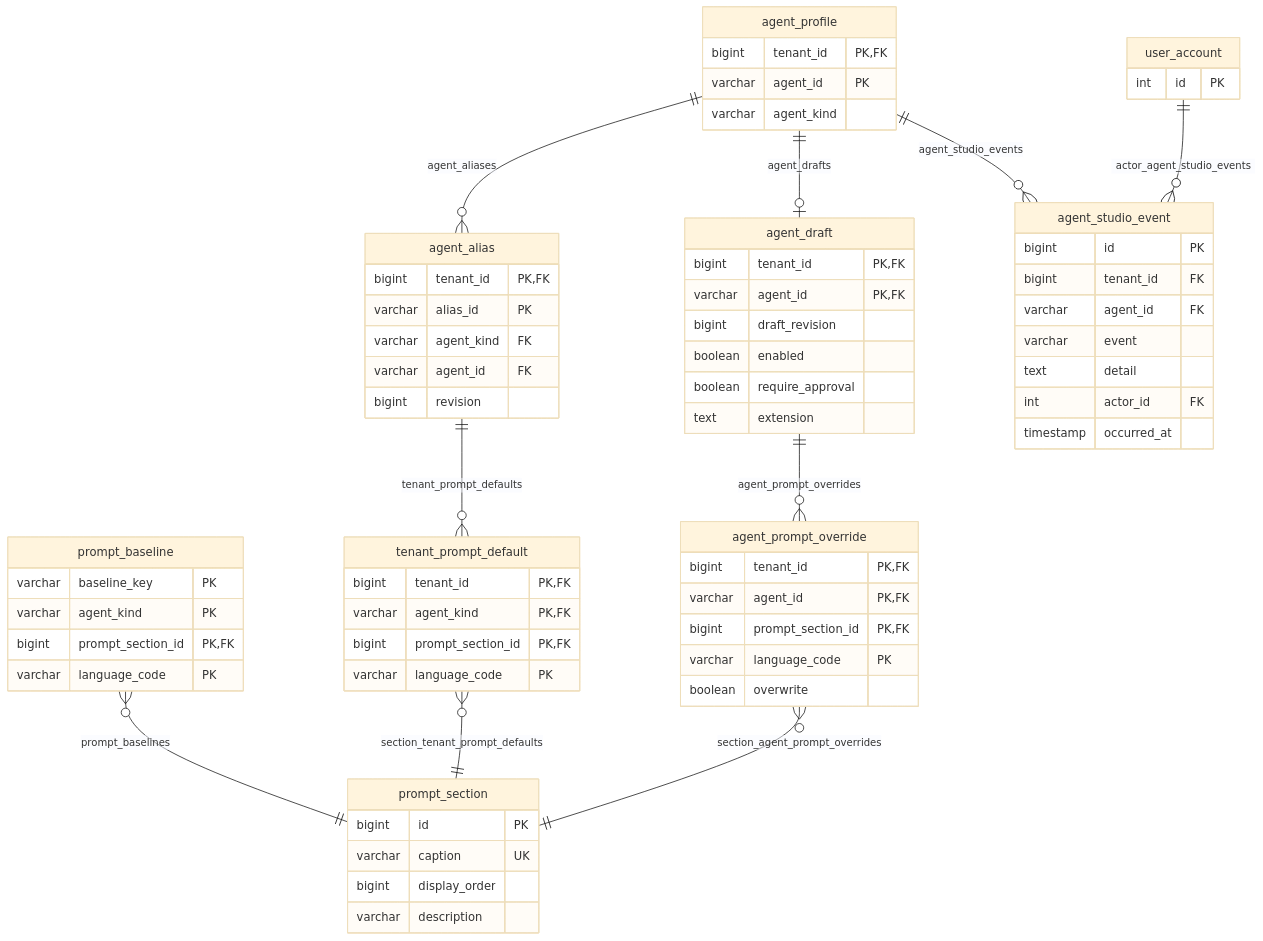
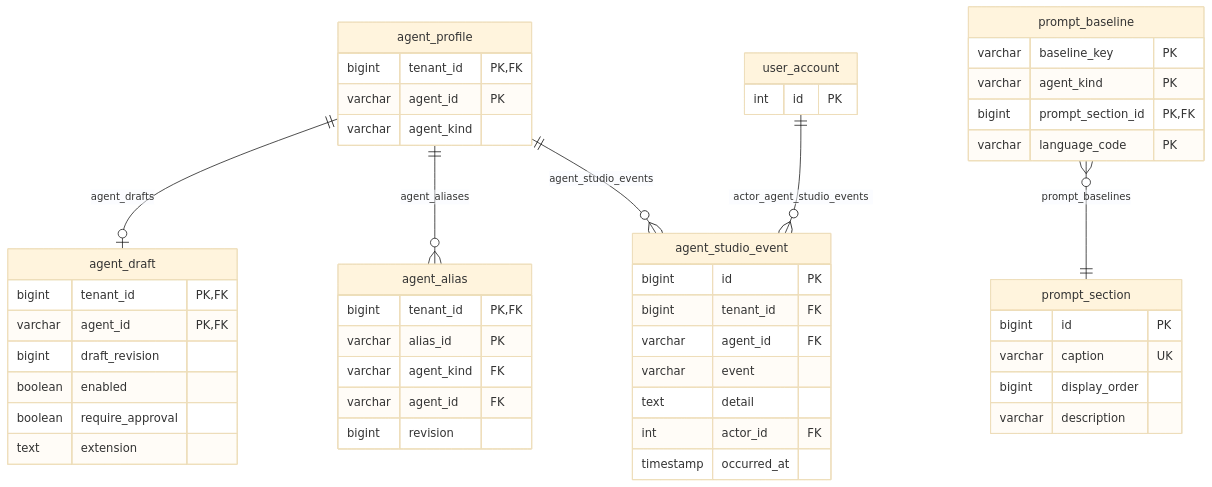
Before and after one commit to nauticana/scout: the fifth of 16 diagrams in doc/database.md, drawn with Mermaid (base theme). The commit also changed other lines of this file and 119 other files, not shown here.

Commit message:
tenant runtime policy writer, verified effects, prompts on the scope engine (studio-v2), one decision record per decision, per-principal concurrency and budgets, cross-process replies and cancellation, acting principal through the queue; charter v1.2.0, keel v1.2.68

````diff
--- a/doc/database.md
+++ b/doc/database.md
@@ -582,70 +579,53 @@
 ```mermaid
 erDiagram
     agent_profile ||--o| agent_draft : agent_drafts
     agent_profile ||--o{ agent_alias : agent_aliases
-    agent_draft ||--o{ agent_prompt_override : agent_prompt_overrides
-    agent_alias ||--o{ tenant_prompt_default : tenant_prompt_defaults
     prompt_baseline }o--|| prompt_section : prompt_baselines
-    tenant_prompt_default }o--|| prompt_section : section_tenant_prompt_defaults
-    agent_prompt_override }o--|| prompt_section : section_agent_prompt_overrides
     agent_profile ||--o{ agent_studio_event : agent_studio_events
     user_account ||--o{ agent_studio_event : actor_agent_studio_events
 
     user_account {
         int id PK
     }
     agent_studio_event {
         bigint id PK
         bigint tenant_id FK
         varchar agent_id FK
         varchar event
         text detail
         int actor_id FK
         timestamp occurred_at
     }
     agent_profile {
         bigint tenant_id PK,FK
         varchar agent_id PK
         varchar agent_kind
     }
     agent_draft {
         bigint tenant_id PK,FK
         varchar agent_id PK,FK
         bigint draft_revision
         boolean enabled
         boolean require_approval
         text extension
     }
     agent_alias {
         bigint tenant_id PK,FK
         varchar alias_id PK
         varchar agent_kind FK
         varchar agent_id FK
         bigint revision
     }
     prompt_section {
         bigint id PK
         varchar caption UK
         bigint display_order
         varchar description
     }
     prompt_baseline {
         varchar baseline_key PK
         varchar agent_kind PK
         bigint prompt_section_id PK,FK
         varchar language_code PK
     }
-    tenant_prompt_default {
-        bigint tenant_id PK,FK
-        varchar agent_kind PK,FK
-        bigint prompt_section_id PK,FK
-        varchar language_code PK
-    }
-    agent_prompt_override {
-        bigint tenant_id PK,FK
-        varchar agent_id PK,FK
-        bigint prompt_section_id PK,FK
-        varchar language_code PK
-        boolean overwrite
-    }
 ```
````
